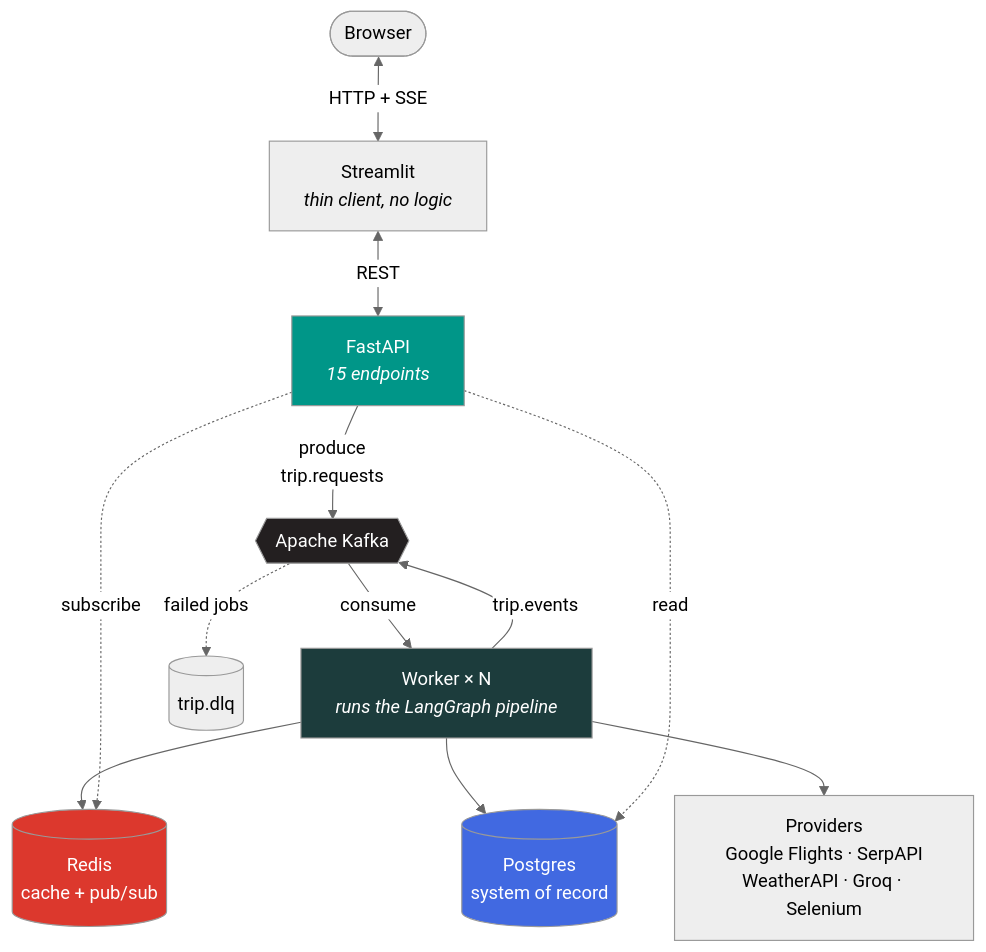
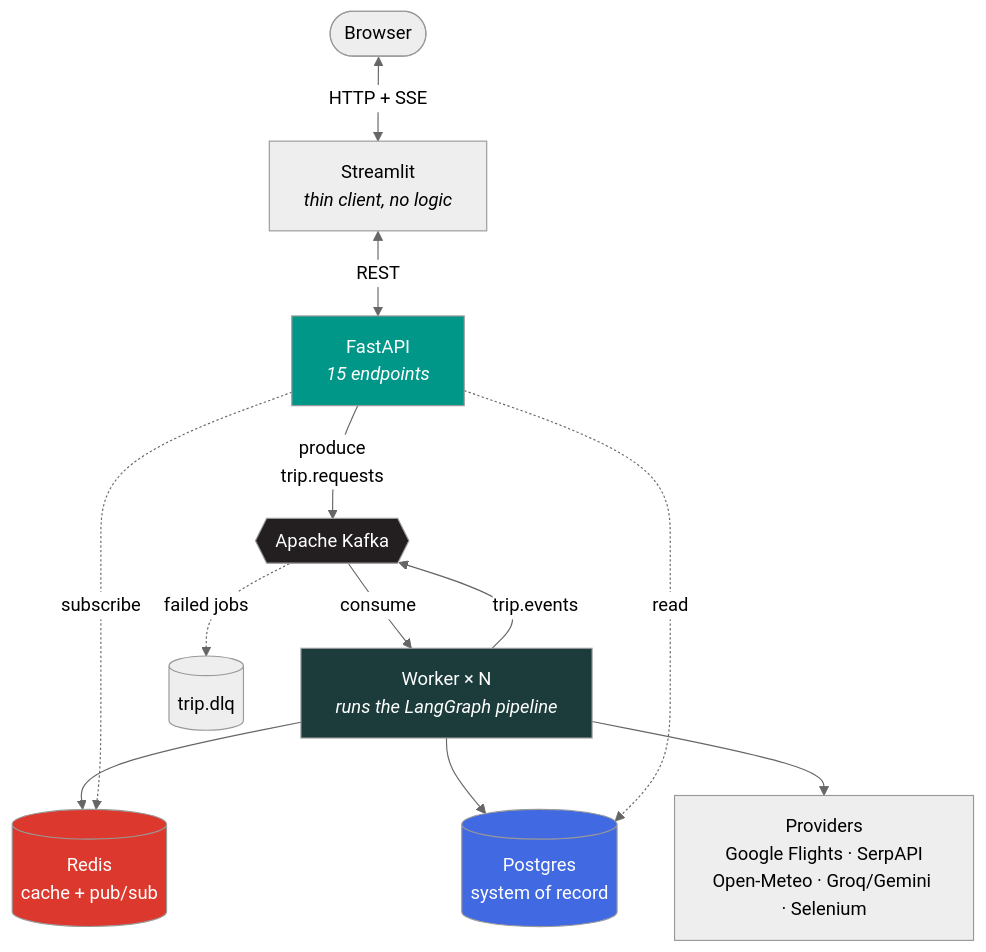
One commit to Ultramech/AI-Travel-Planner changed the first of 2 diagrams in README.md. Above: the diagram before and after it, drawn with Mermaid (neutral theme). The commit also changed other lines of this file and 11 other files, not shown here.

````diff
--- a/README.md
+++ b/README.md
@@ -44,22 +44,22 @@
 ```mermaid
 flowchart TB
     B([Browser]) <-->|HTTP + SSE| UI[Streamlit<br/><i>thin client, no logic</i>]
     UI <-->|REST| API[FastAPI<br/><i>15 endpoints</i>]
     API -->|produce<br/>trip.requests| K{{Apache Kafka}}
     K -->|consume| W[Worker × N<br/><i>runs the LangGraph pipeline</i>]
     W -->|trip.events| K
     K -.->|failed jobs| DLQ[(trip.dlq)]
 
     W --> R[(Redis<br/>cache + pub/sub)]
     W --> PG[(Postgres<br/>system of record)]
-    W --> P[Providers<br/>Google Flights · SerpAPI<br/>WeatherAPI · Groq · Selenium]
+    W --> P[Providers<br/>Google Flights · SerpAPI<br/>Open-Meteo · Groq/Gemini · Selenium]
 
     API -.->|read| PG
     API -.->|subscribe| R
 
     style API fill:#009688,color:#fff
     style W fill:#1C3C3C,color:#fff
     style K fill:#231F20,color:#fff
     style R fill:#DC382D,color:#fff
     style PG fill:#4169E1,color:#fff
 ```
````
